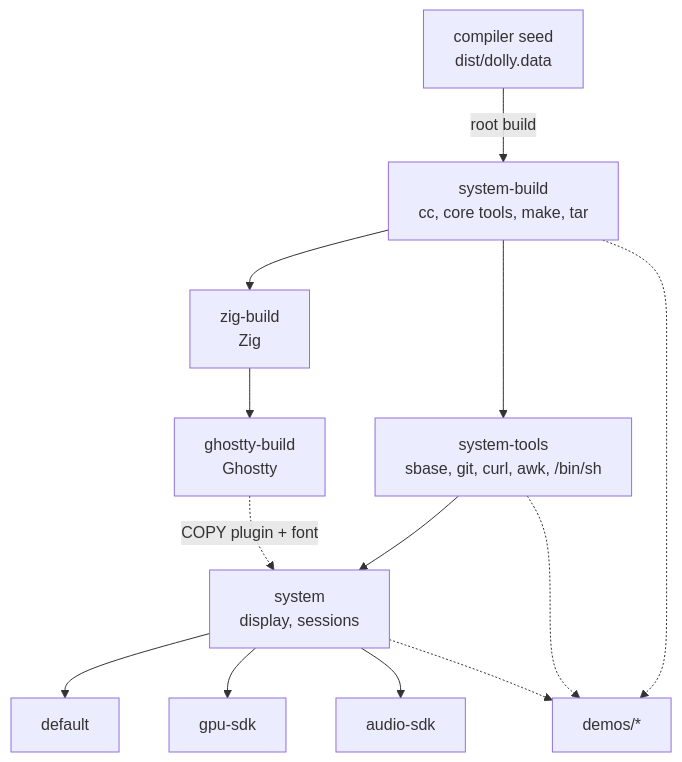
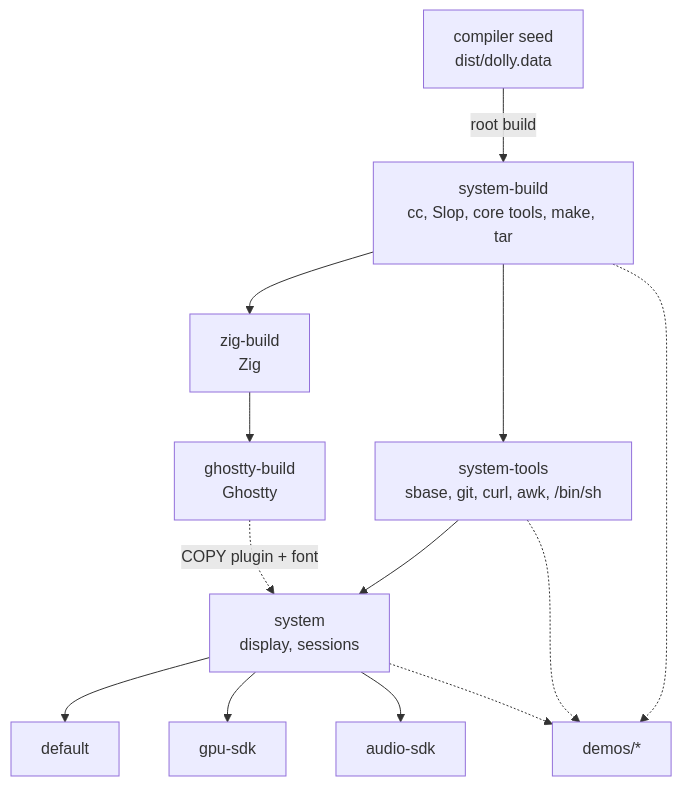
One commit to daugasauron/dolly changed the third of 3 diagrams in docs/architecture.md. Above: the diagram before and after it, drawn with Mermaid. The commit also changed 67 other files, not shown here.

First line of the commit message:
Build Slop and the compiler front ends by recipe with COMPILEC

````diff
--- a/docs/architecture.md
+++ b/docs/architecture.md
@@ -94,16 +94,16 @@
 ```mermaid
 flowchart TD
-  seed["compiler seed<br/>dist/dolly.data"] -- "root build" --> sb["system-build<br/>cc, core tools, make, tar"]
+  seed["compiler seed<br/>dist/dolly.data"] -- "root build" --> sb["system-build<br/>cc, Slop, core tools, make, tar"]
   sb --> st["system-tools<br/>sbase, git, curl, awk, /bin/sh"]
   sb --> zb["zig-build<br/>Zig"]
   zb --> gb["ghostty-build<br/>Ghostty"]
   st --> sys["system<br/>display, sessions"]
   gb -. "COPY plugin + font" .-> sys
   sys --> def["default"]
   sys --> gpu["gpu-sdk"]
   sys --> audio["audio-sdk"]
   demos["demos/*"]
   sb -.-> demos
   st -.-> demos
   sys -.-> demos
 ```
````
